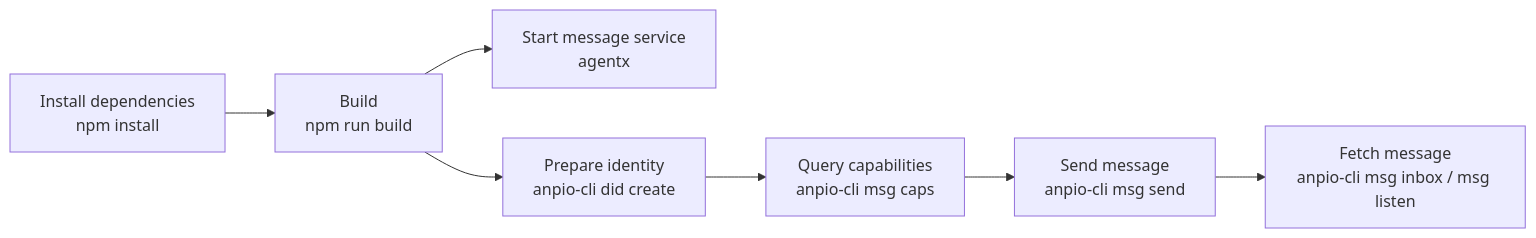
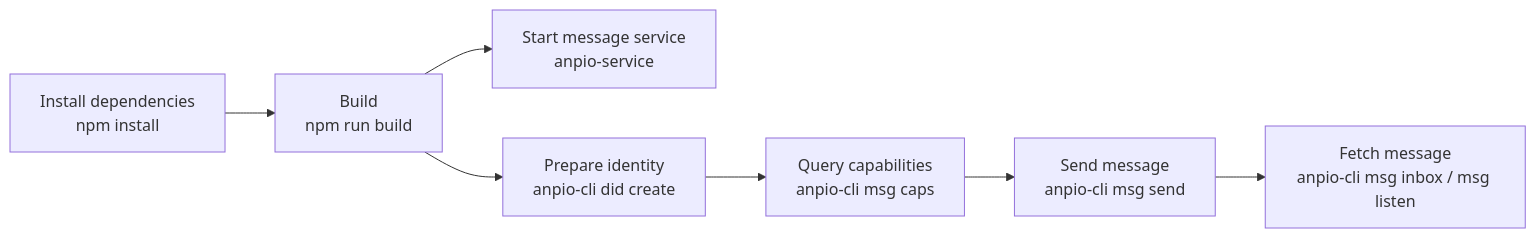
One commit to eccstartup/anpio-cli changed the diagram in vercel/en/guide/quickstart.md. Above: the diagram before and after it, drawn with Mermaid. The commit also changed other lines of this file and 140 other files, not shown here.

````diff
--- a/vercel/en/guide/quickstart.md
+++ b/vercel/en/guide/quickstart.md
@@ -10,9 +10,9 @@
 ```mermaid
 flowchart LR
   A["Install dependencies<br/>npm install"] --> B["Build<br/>npm run build"]
-  B --> C["Start message service<br/>agentx"]
+  B --> C["Start message service<br/>anpio-service"]
   B --> D["Prepare identity<br/>anpio-cli did create"]
   D --> E["Query capabilities<br/>anpio-cli msg caps"]
   E --> F["Send message<br/>anpio-cli msg send"]
   F --> G["Fetch message<br/>anpio-cli msg inbox / msg listen"]
 ```
````
